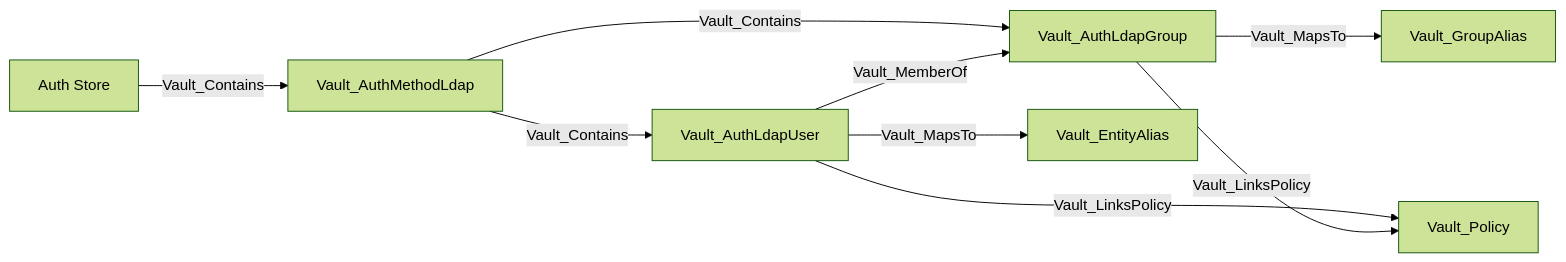
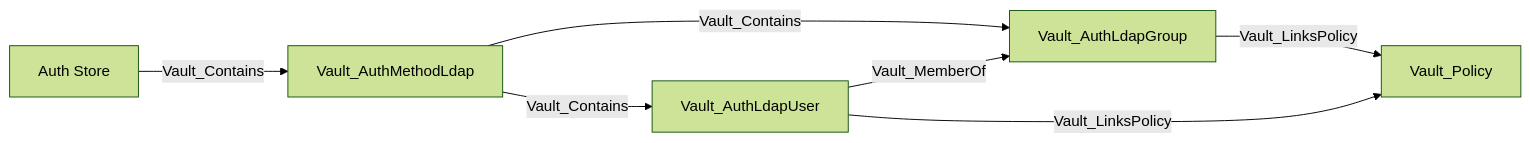
Diagram 21 of 38 in Documentation/stores/AUTH.md (bytewreck/opengraph-vault), drawn with Mermaid (forest theme) before and after one commit. The commit also changed other lines of this file and 12 other files, not shown here.

````diff
--- a/Documentation/stores/AUTH.md
+++ b/Documentation/stores/AUTH.md
@@ -340,11 +346,9 @@
 ```mermaid
 flowchart LR
     store[Auth Store] -->|Vault_Contains| method[Vault_AuthMethodLdap]
     method -->|Vault_Contains| user[Vault_AuthLdapUser]
     method -->|Vault_Contains| group[Vault_AuthLdapGroup]
     user -->|Vault_MemberOf| group
-    user -->|Vault_MapsTo| alias[Vault_EntityAlias]
-    group -->|Vault_MapsTo| groupAlias[Vault_GroupAlias]
+    group -->|Vault_LinksPolicy| policy
     user -->|Vault_LinksPolicy| policy[Vault_Policy]
-    group -->|Vault_LinksPolicy| policy
 ```
````
